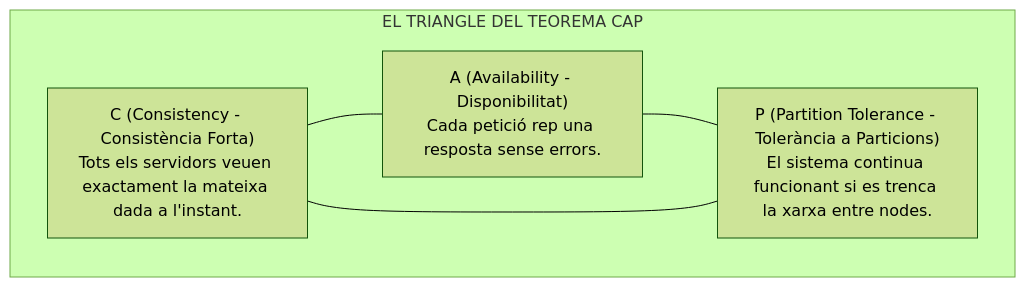
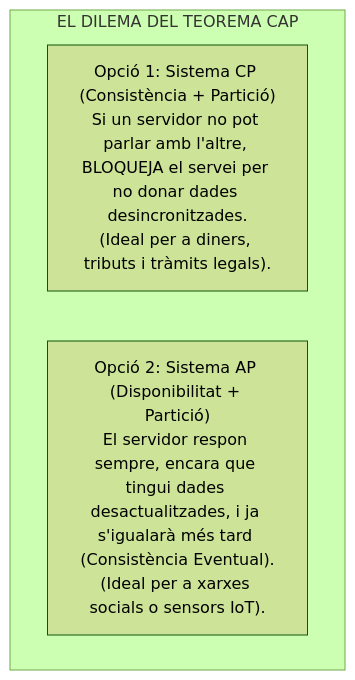
One commit to oriolmapu/opo changed the third of 4 diagrams in part_especifica/bloc6_programacio_i_desenvolupament/74_bases_dades_integritat_acid_xifratge_distribuides_cap.md. Above: the diagram before and after it, drawn with Mermaid (forest theme). The commit also changed other lines of this file and 1 other file, not shown here.

Commit message:
Actualitzat Tema 74 amb versió didàctica, concisa i quadre complet de preguntes de test

````diff
--- a/part_especifica/bloc6_programacio_i_desenvolupament/74_bases_dades_integritat_acid_xifratge_distribuides_cap.md
+++ b/part_especifica/bloc6_programacio_i_desenvolupament/74_bases_dades_integritat_acid_xifratge_distribuides_cap.md
@@ -55,10 +71,8 @@
 ```mermaid
 flowchart TD
-    subgraph TEOREMA_CAP["EL TRIANGLE DEL TEOREMA CAP"]
-        C["C (Consistency - Consistència Forta)<br/>Tots els servidors veuen exactament la mateixa dada a l'instant."]
-        A["A (Availability - Disponibilitat)<br/>Cada petició rep una resposta sense errors."]
-        P["P (Partition Tolerance - Tolerància a Particions)<br/>El sistema continua funcionant si es trenca la xarxa entre nodes."]
-
-        C --- A --- P --- C
+    subgraph DILEMA_CAP["EL DILEMA DEL TEOREMA CAP"]
+        CP["Opció 1: Sistema CP (Consistència + Partició)<br/>Si un servidor no pot parlar amb l'altre, BLOQUEJA el servei per no donar dades desincronitzades.<br/>(Ideal per a diners, tributs i tràmits legals)."]
+        
+        AP["Opció 2: Sistema AP (Disponibilitat + Partició)<br/>El servidor respon sempre, encara que tingui dades desactualitzades, i ja s'igualarà més tard (Consistència Eventual).<br/>(Ideal per a xarxes socials o sensors IoT)."]
     end
 ```
````
